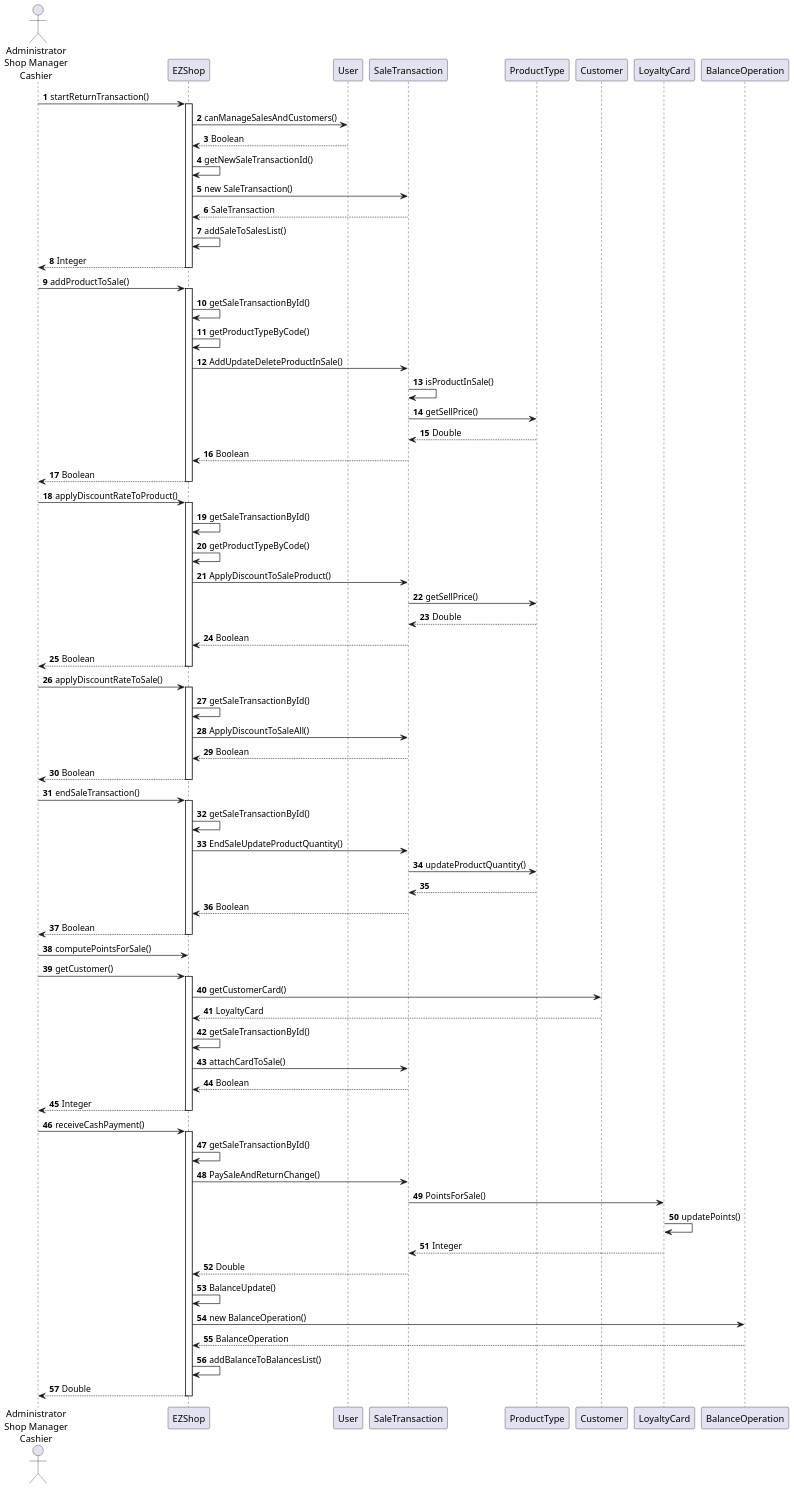
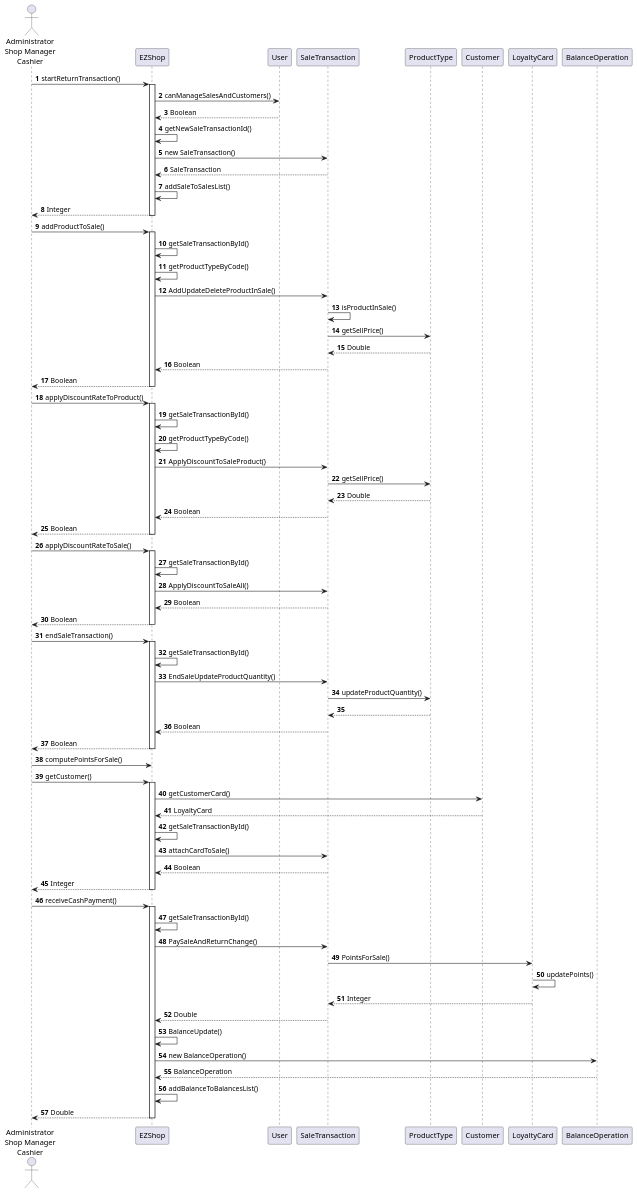
Before and after one commit to gioele-scaletta/EZShop-Software-Engineering-Project: diagram 13 of 19 in Deliverables/DesignDocument.md, drawn with PlantUML.

Commit message:
29_04_call_fixes_0.9

````diff
--- a/Deliverables/DesignDocument.md
+++ b/Deliverables/DesignDocument.md
@@ -410,5 +410,5 @@
 ```plantuml
-scale 1.5
+scale 1.2
 actor "Administrator\nShop Manager\nCashier" as user
 
 autonumber
````
